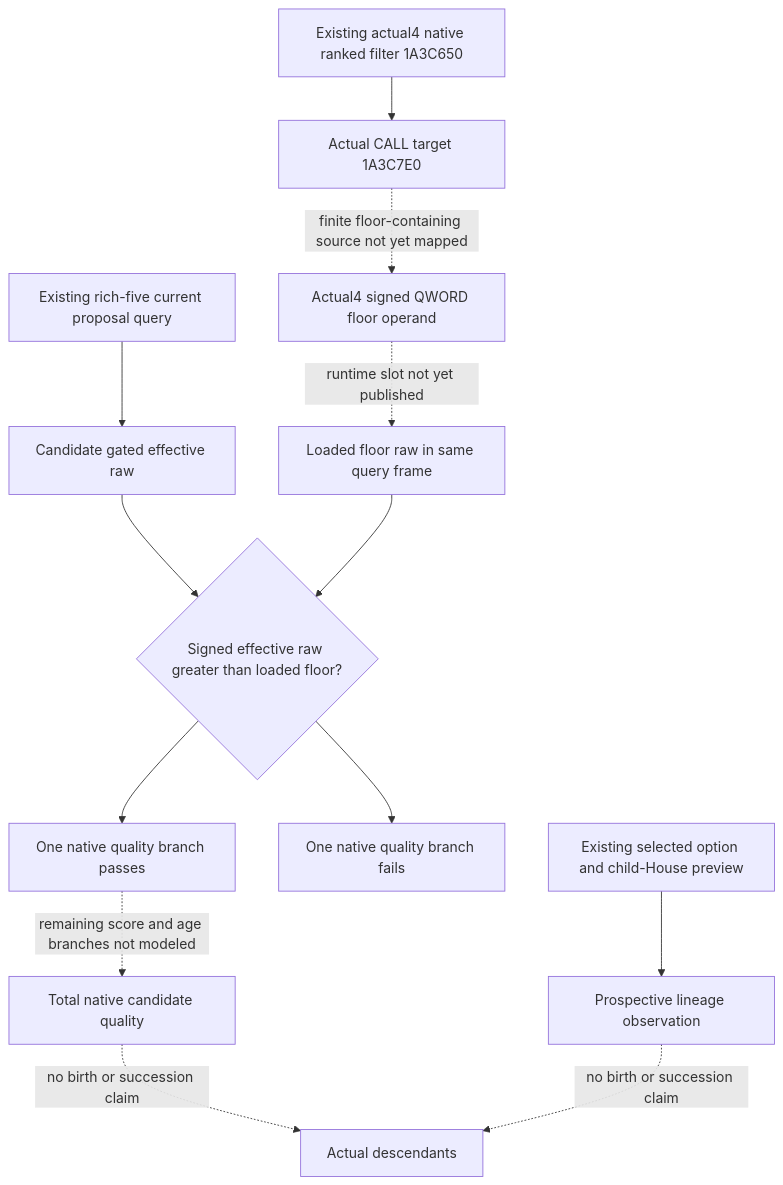
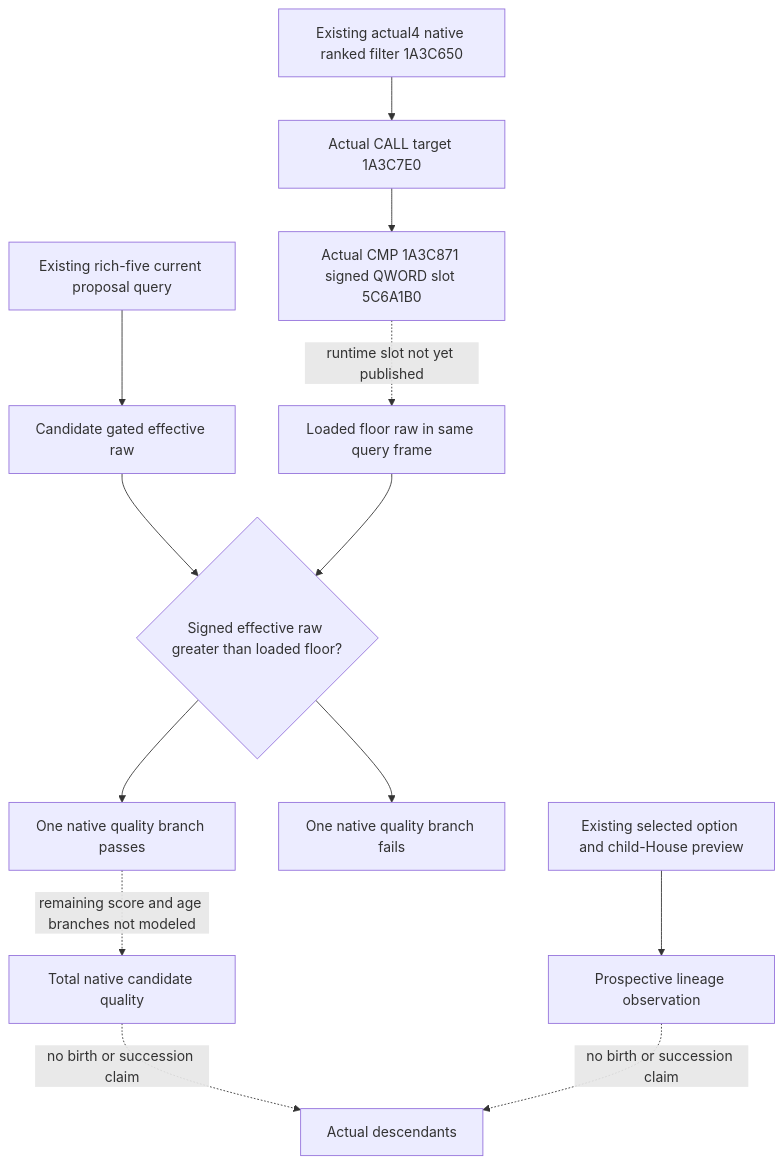
The diagram in docs/ck3-native-ai/first-heir-loaded-fertility-floor-12004.md (XenoAmess/ck3_eternal_recurrence), drawn with Mermaid before and after one commit. The commit also changed other lines of this file and 11 other files, not shown here.

````diff
--- a/docs/ck3-native-ai/first-heir-loaded-fertility-floor-12004.md
+++ b/docs/ck3-native-ai/first-heir-loaded-fertility-floor-12004.md
@@ -64,15 +84,15 @@
 ```mermaid
 flowchart TD
   R[Existing actual4 native ranked filter 1A3C650] --> C[Actual CALL target 1A3C7E0]
-  C -. finite floor-containing source not yet mapped .-> F[Actual4 signed QWORD floor operand]
+  C --> F[Actual CMP 1A3C871 signed QWORD slot 5C6A1B0]
   P[Existing rich-five current proposal query] --> E[Candidate gated effective raw]
   F -. runtime slot not yet published .-> L[Loaded floor raw in same query frame]
   E --> G{Signed effective raw greater than loaded floor?}
   L --> G
   G --> Y[One native quality branch passes]
   G --> N[One native quality branch fails]
   Y -. remaining score and age branches not modeled .-> Q[Total native candidate quality]
   H[Existing selected option and child-House preview] --> V[Prospective lineage observation]
   Q -. no birth or succession claim .-> B[Actual descendants]
   V -. no birth or succession claim .-> B
 ```
````
